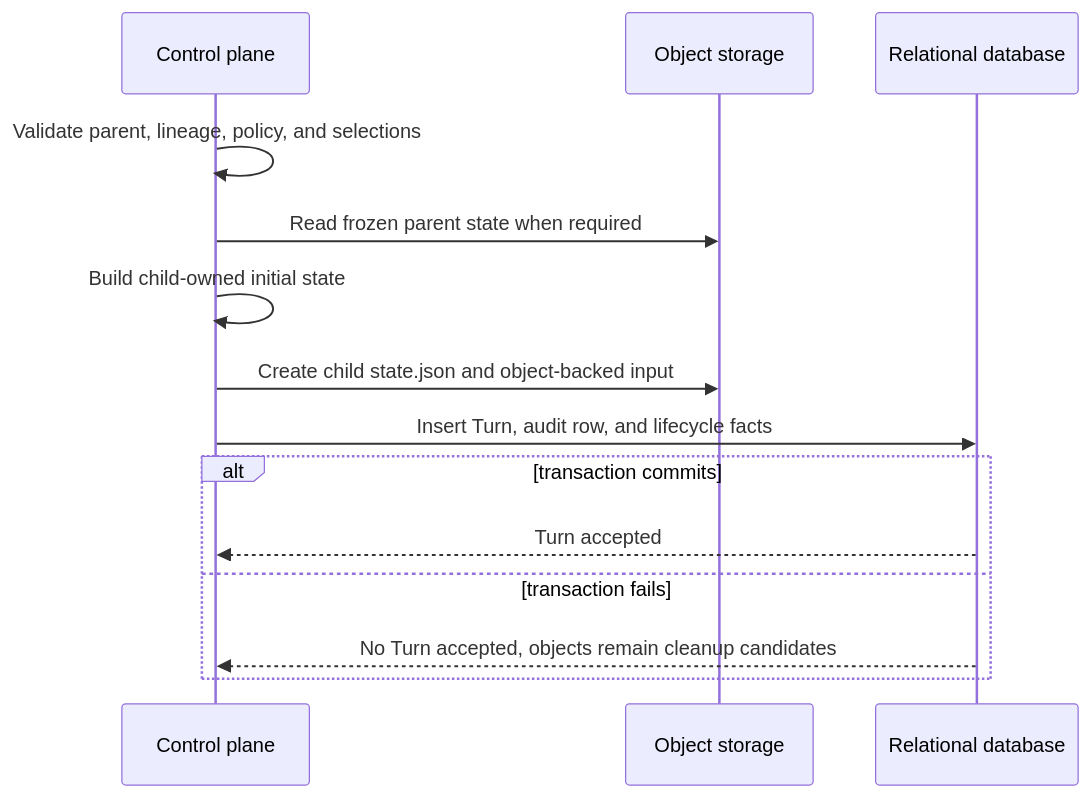
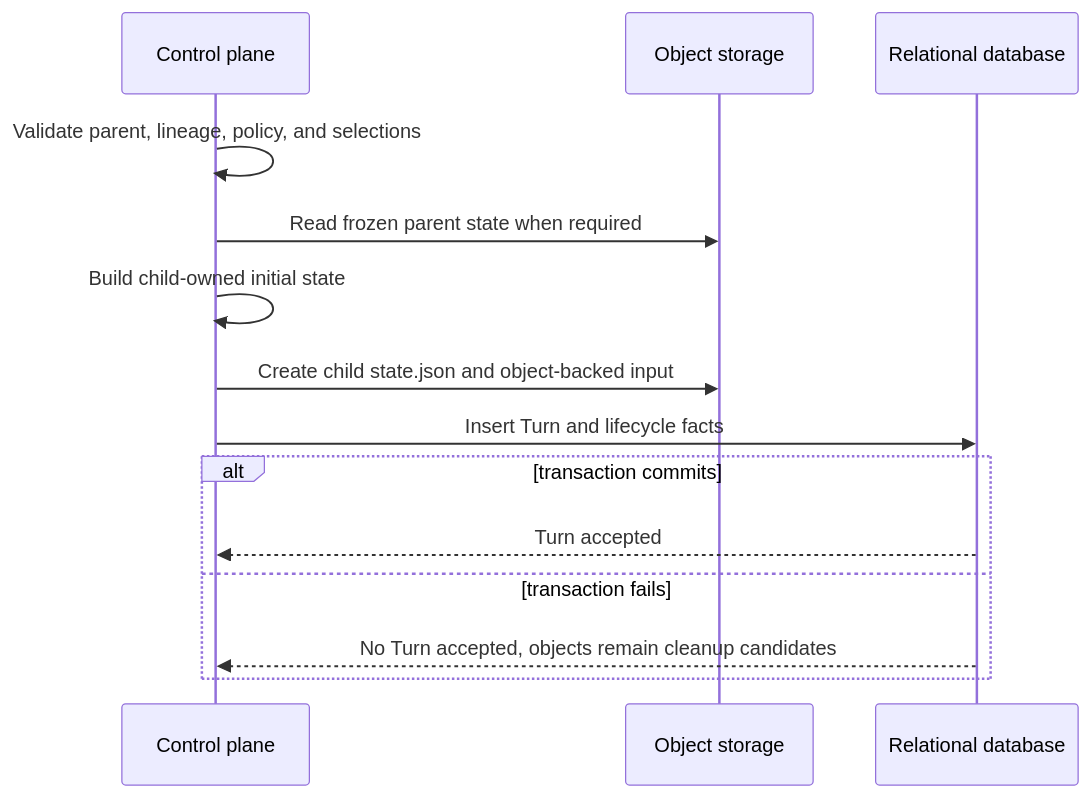
One commit to converge-ai-labs/agent-foundation changed the fourth of 4 diagrams in spec/foundation-service/12-turn-persistence.md. Above: the diagram before and after it, drawn with Mermaid. The commit also changed other lines of this file and 8 other files, not shown here.

````diff
--- a/spec/foundation-service/12-turn-persistence.md
+++ b/spec/foundation-service/12-turn-persistence.md
@@ -832,17 +653,17 @@
 ```mermaid
 sequenceDiagram
     participant Control as Control plane
     participant Objects as Object storage
     participant DB as Relational database
 
     Control->>Control: Validate parent, lineage, policy, and selections
     Control->>Objects: Read frozen parent state when required
     Control->>Control: Build child-owned initial state
     Control->>Objects: Create child state.json and object-backed input
-    Control->>DB: Insert Turn, audit row, and lifecycle facts
+    Control->>DB: Insert Turn and lifecycle facts
     alt transaction commits
         DB-->>Control: Turn accepted
     else transaction fails
         DB-->>Control: No Turn accepted, objects remain cleanup candidates
     end
 ```
````
